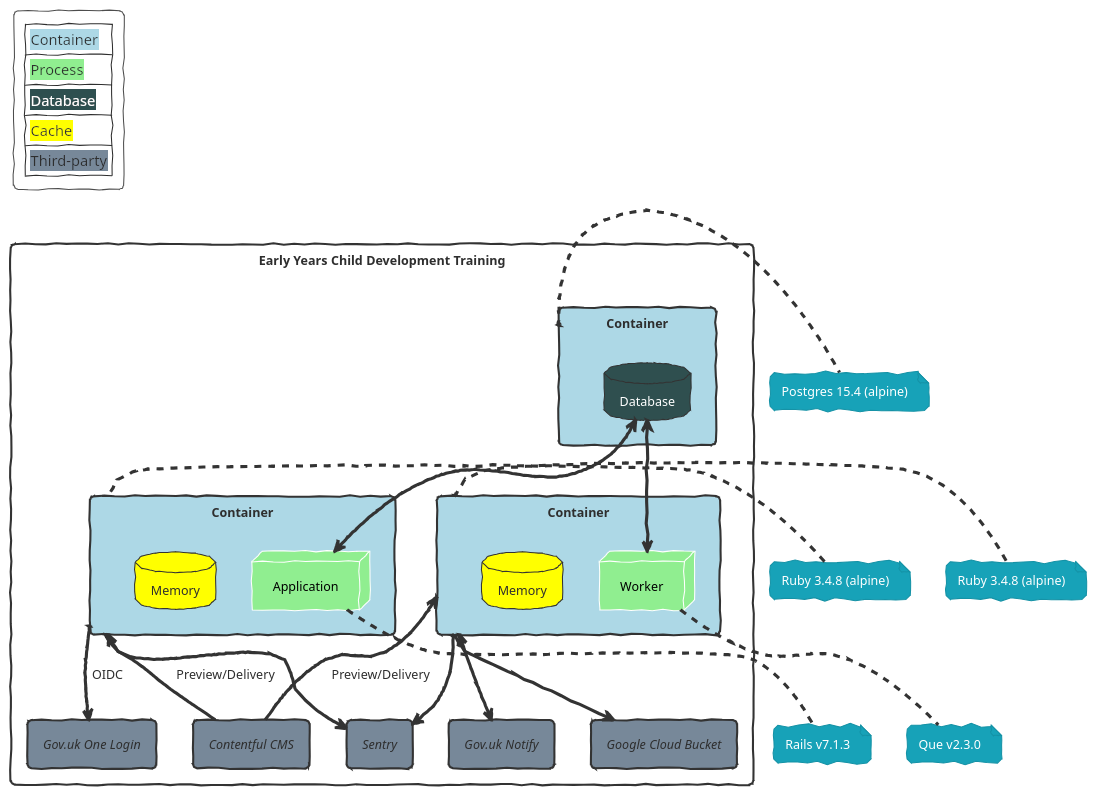
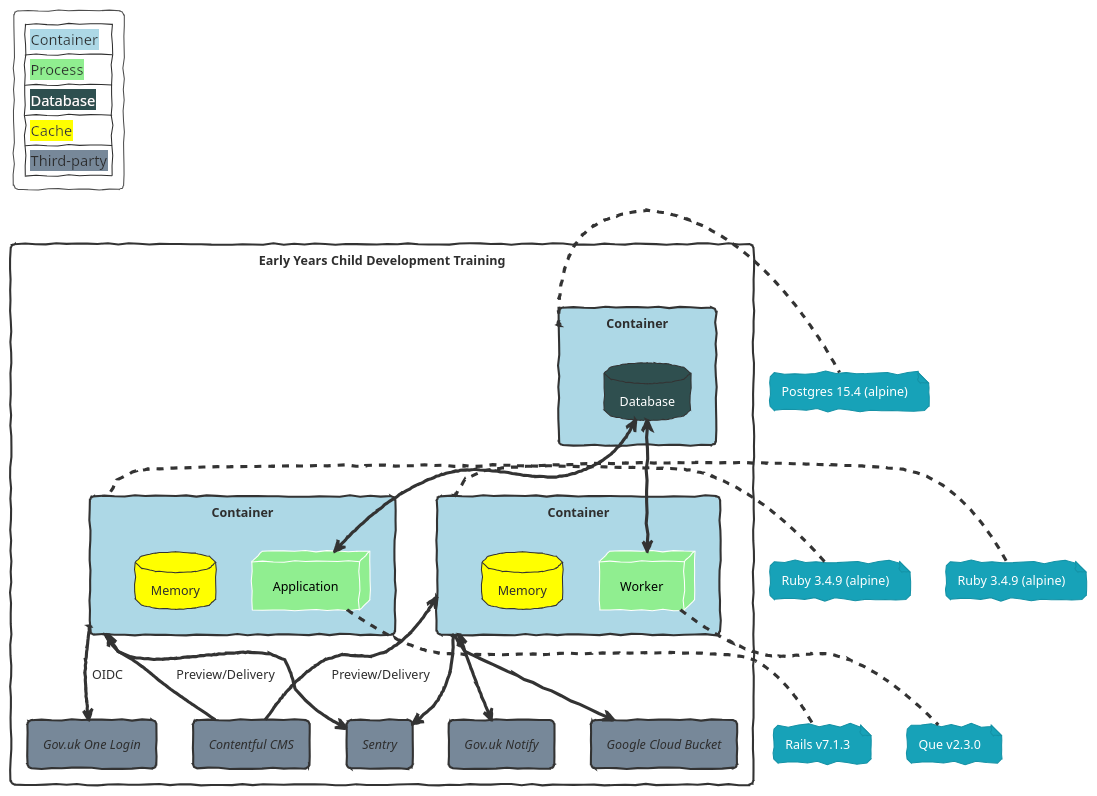
One commit to DFE-Digital/early-years-foundation-recovery changed the diagram in uml/application.puml. Above: the diagram before and after it, drawn with PlantUML. The commit also changed 11 other files, not shown here.

```diff
--- a/uml/application.puml
+++ b/uml/application.puml
@@ -1,83 +1,83 @@
 @startuml
 !theme sketchy-outline
 hide stereotype
 
 <style>
   .app {
     BackgroundColor LightBlue
   }
   .process {
     BackgroundColor LightGreen
     FontColor Black
   }
   .db {
     BackgroundColor DarkSlateGray
     FontColor White
   }
   .cache {
     BackgroundColor Yellow
   }
   .service {
     BackgroundColor LightSlateGray
     FontStyle italic
   }
 }
 </style>
 
 
 legend top left
 |<back:LightBlue>Container|
 |<back:LightGreen>Process|
 |<back:DarkSlateGray><color:White>Database|
 |<back:Yellow>Cache|
 |<back:LightSlateGrey>Third-party|
 endlegend
 
 
 
 rectangle "Early Years Child Development Training" {
   rectangle "Container" as db <<app>> {
     database "Database" as data <<db>>
   }
 
   rectangle "Container" as app <<app>> {
     node "Application" as web <<process>>
     database "Memory" as app_cache <<cache>>
   }
 
   rectangle "Container" as worker <<app>> {
     node "Worker" as jobs <<process>>
     database "Memory" as worker_cache <<cache>>
   }
 
   rectangle "Sentry" as alert <<service>>
 
   rectangle "Google Cloud Bucket" as dashboard <<service>>
 
   rectangle "Gov.uk Notify" as email <<service>>
 
   rectangle "Contentful CMS" as content <<service>>
 
   rectangle "Gov.uk One Login" as auth <<service>>
 }
 
 
 note right of db: Postgres 15.4 (alpine)
-note left of app: Ruby 3.4.8 (alpine)
+note left of app: Ruby 3.4.9 (alpine)
 note bottom of web: Rails v7.1.3
-note right of worker: Ruby 3.4.8 (alpine)
+note right of worker: Ruby 3.4.9 (alpine)
 note bottom of jobs: Que v2.3.0
 
 web <-u-> data
 jobs <-u-> data
 
 app <-- content: Preview/Delivery
 app --> auth: OIDC
 app --> alert
 
 worker <-- content: Preview/Delivery
 worker --> alert
 worker <--> email
 worker --> dashboard
 
 @enduml
```
